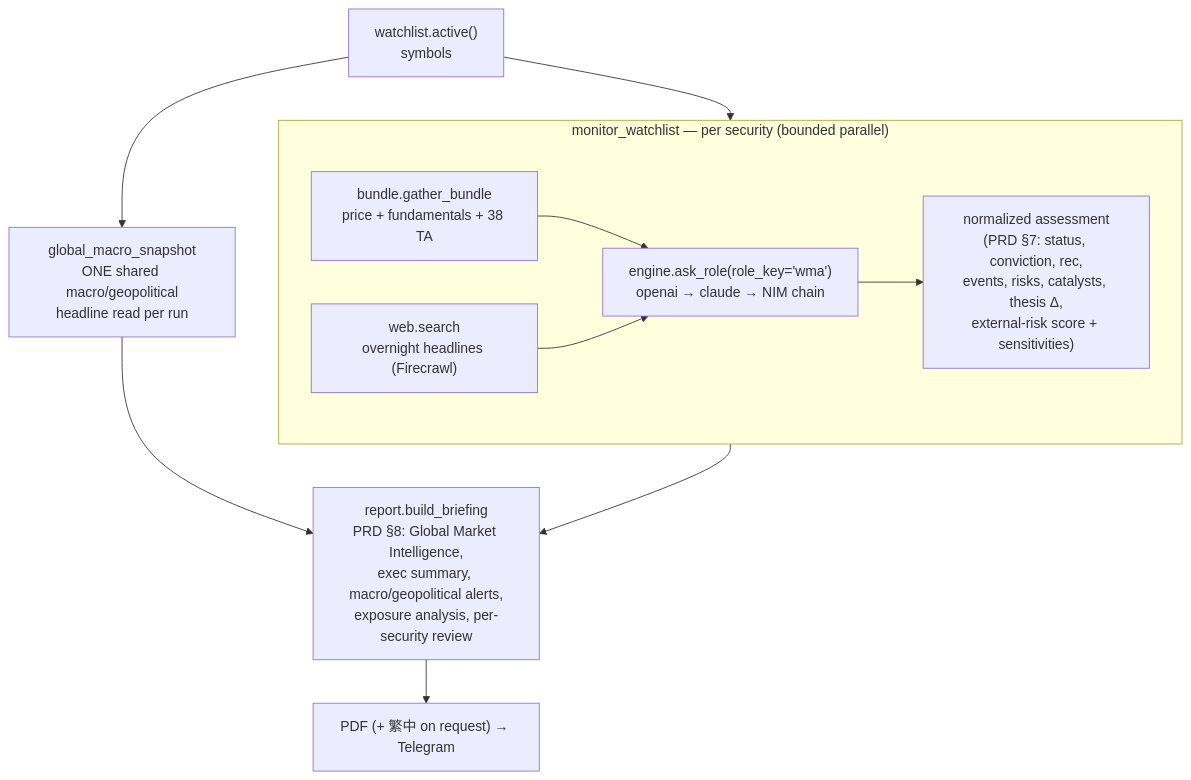
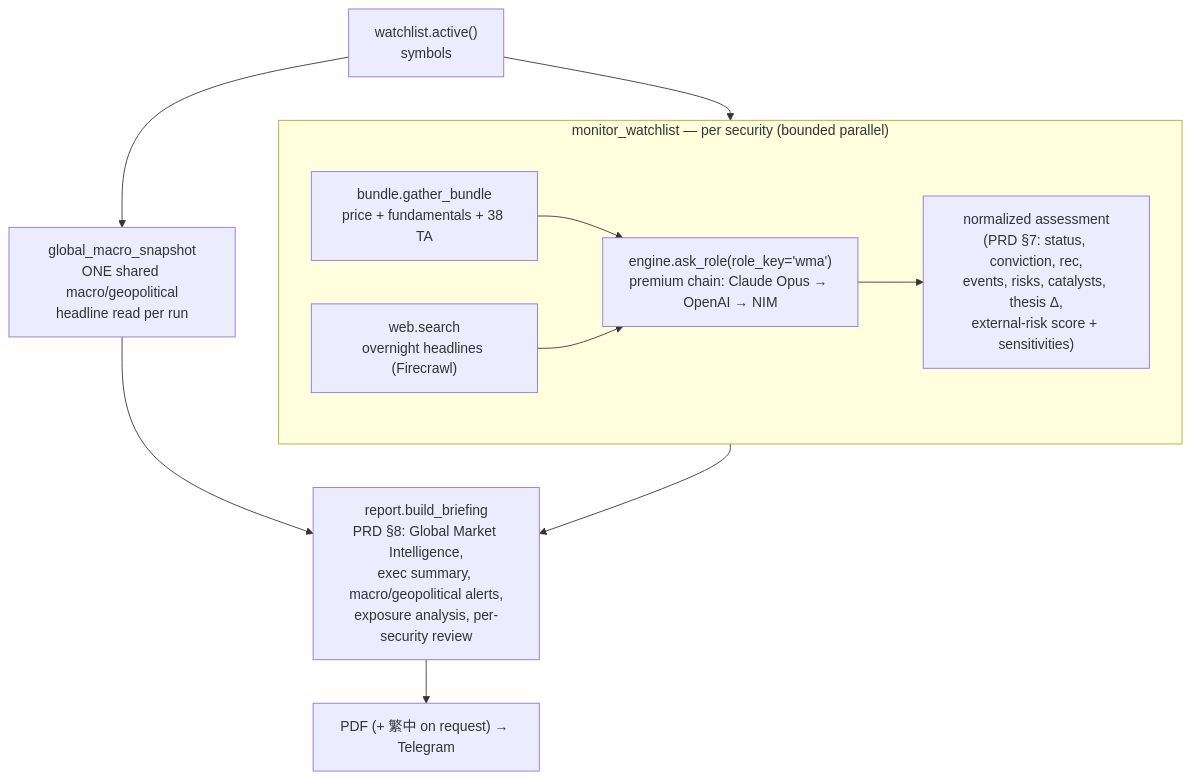
One commit to cloudaipro/CIOAgent changed the sixth of 6 diagrams in docs/TECHNICAL_REPORT.md. Above: the diagram before and after it, drawn with Mermaid. The commit also changed other lines of this file and 2 other files, not shown here.

First line of the commit message:
docs: update README + technical reports for named fallback-chain mechanism

````diff
--- a/docs/TECHNICAL_REPORT.md
+++ b/docs/TECHNICAL_REPORT.md
@@ -432,15 +444,15 @@
 ```mermaid
 flowchart TD
     WL["watchlist.active()<br/>symbols"] --> MS
     subgraph MS["monitor_watchlist — per security (bounded parallel)"]
         BD["bundle.gather_bundle<br/>price + fundamentals + 38 TA"]
         NW["web.search<br/>overnight headlines (Firecrawl)"]
-        BD --> ASK["engine.ask_role(role_key='wma')<br/>openai → claude → NIM chain"]
+        BD --> ASK["engine.ask_role(role_key='wma')<br/>premium chain: Claude Opus → OpenAI → NIM"]
         NW --> ASK
         ASK --> ASS["normalized assessment<br/>(PRD §7: status, conviction, rec,<br/>events, risks, catalysts, thesis Δ,<br/>external-risk score + sensitivities)"]
     end
     WL --> GMS["global_macro_snapshot<br/>ONE shared macro/geopolitical<br/>headline read per run"]
     MS --> BR["report.build_briefing<br/>PRD §8: Global Market Intelligence,<br/>exec summary, macro/geopolitical alerts,<br/>exposure analysis, per-security review"]
     GMS --> BR
     BR --> OUT["PDF (+ 繁中 on request) → Telegram"]
 ```
````
